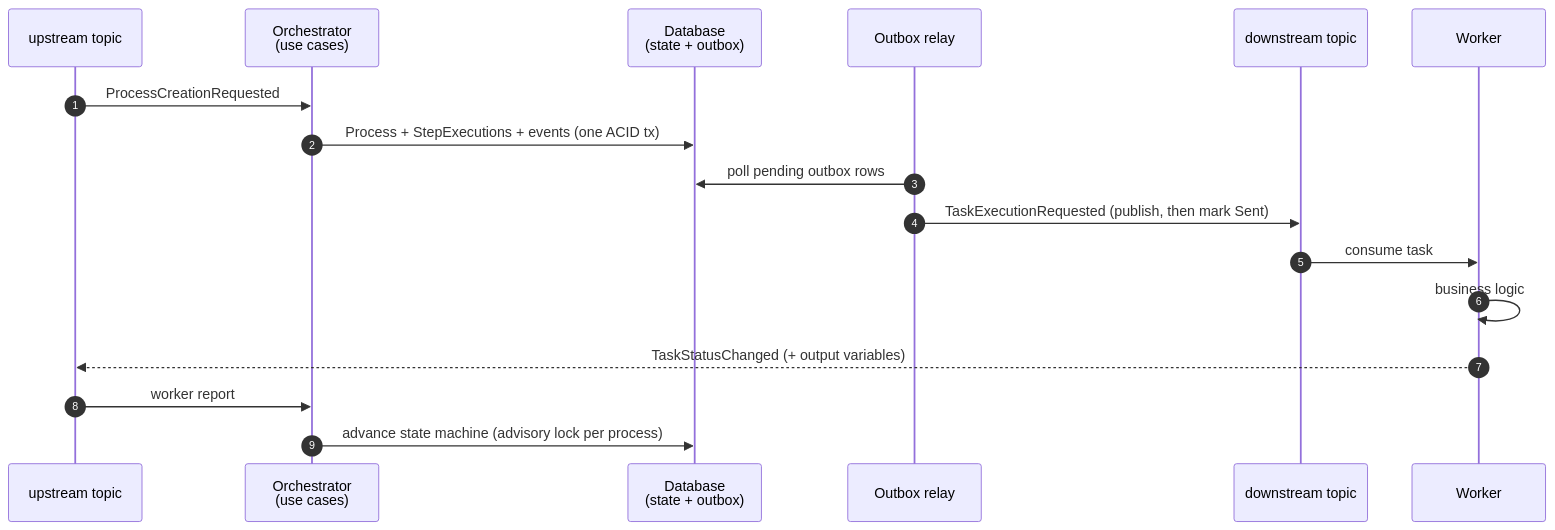
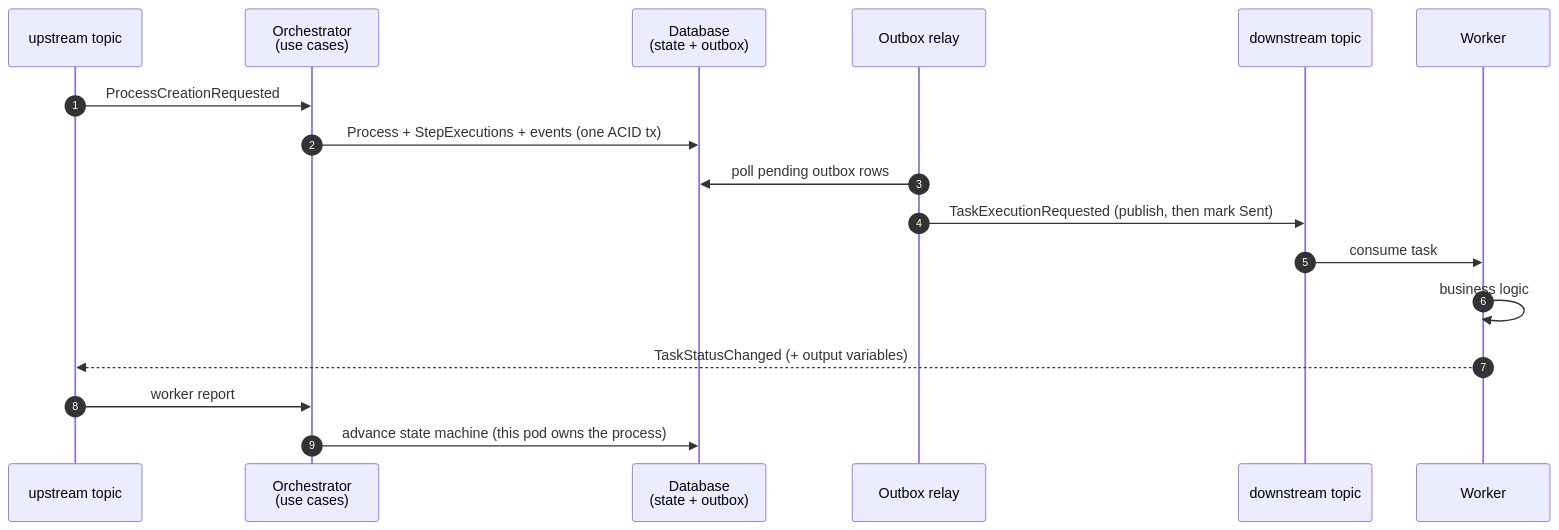
One commit to miguelperezcolom/eventconductor changed the diagram in doc/src/content/docs/guides/architecture.md. Above: the diagram before and after it, drawn with Mermaid. The commit also changed other lines of this file and 4 other files, not shown here.

````diff
--- a/doc/src/content/docs/guides/architecture.md
+++ b/doc/src/content/docs/guides/architecture.md
@@ -179,20 +179,20 @@
 ```mermaid
 sequenceDiagram
     autonumber
     participant U as upstream topic
     participant O as Orchestrator<br/>(use cases)
     participant DB as Database<br/>(state + outbox)
     participant R as Outbox relay
     participant D as downstream topic
     participant W as Worker
 
     U->>O: ProcessCreationRequested
     O->>DB: Process + StepExecutions + events (one ACID tx)
     R->>DB: poll pending outbox rows
     R->>D: TaskExecutionRequested (publish, then mark Sent)
     D->>W: consume task
     W->>W: business logic
     W-->>U: TaskStatusChanged (+ output variables)
     U->>O: worker report
-    O->>DB: advance state machine (advisory lock per process)
+    O->>DB: advance state machine (this pod owns the process)
 ```
````
